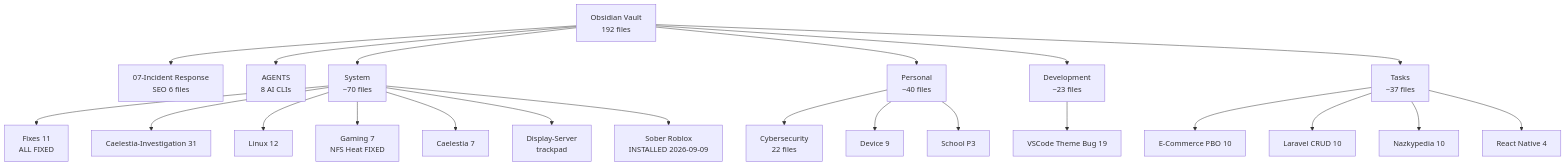
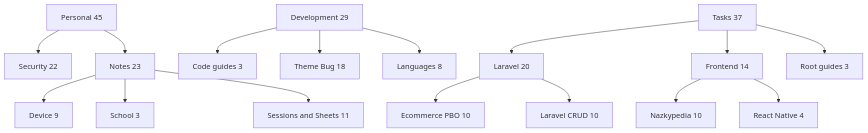
The third of 32 diagrams in Graph-Web-Atlas.md (444Nazky/My-Vault), drawn with Mermaid before and after one commit. The commit also changed other lines of this file and 8 other files, not shown here.

````diff
--- a/Graph-Web-Atlas.md
+++ b/Graph-Web-Atlas.md
@@ -11,24 +43,18 @@
 ```mermaid
-graph TB
-    V[Obsidian Vault<br/>192 files] --> IR[07-Incident Response<br/>SEO 6 files]
-    V --> AGT[AGENTS<br/>8 AI CLIs]
-    V --> SYS[System<br/>~70 files]
-    V --> PER[Personal<br/>~40 files]
-    V --> DEV[Development<br/>~23 files]
-    V --> TSK[Tasks<br/>~37 files]
-    SYS --> FIX[Fixes 11<br/>ALL FIXED]
-    SYS --> INV[Caelestia-Investigation 31]
-    SYS --> LIN[Linux 12]
-    SYS --> GAM[Gaming 7<br/>NFS Heat FIXED]
-    SYS --> CAE[Caelestia 7]
-    SYS --> DSP[Display-Server<br/>trackpad]
-    SYS --> NEW[Sober Roblox<br/>INSTALLED 2026-09-09]
-    PER --> CYB[Cybersecurity<br/>22 files]
-    PER --> DVC[Device 9]
-    PER --> SCH[School P3]
-    DEV --> VTB[VSCode Theme Bug 19]
-    TSK --> ECOM[E-Commerce PBO 10]
-    TSK --> CRUD[Laravel CRUD 10]
-    TSK --> NAZ[Nazkypedia 10]
-    TSK --> RN[React Native 4]
+graph TD
+    PER["Personal 45"] --> SEC["Security 22"]
+    PER --> NOTE["Notes 23"]
+    NOTE --> DVC["Device 9"]
+    NOTE --> SCH["School 3"]
+    NOTE --> SES["Sessions and Sheets 11"]
+    DEV["Development 29"] --> CODE["Code guides 3"]
+    DEV --> VTB["Theme Bug 18"]
+    DEV --> PL["Languages 8"]
+    TSK["Tasks 37"] --> LAV["Laravel 20"]
+    TSK --> FRONT["Frontend 14"]
+    TSK --> ROOT["Root guides 3"]
+    LAV --> ECOM["Ecommerce PBO 10"]
+    LAV --> CRUD["Laravel CRUD 10"]
+    FRONT --> NAZ["Nazkypedia 10"]
+    FRONT --> RN["React Native 4"]
 ```
````
